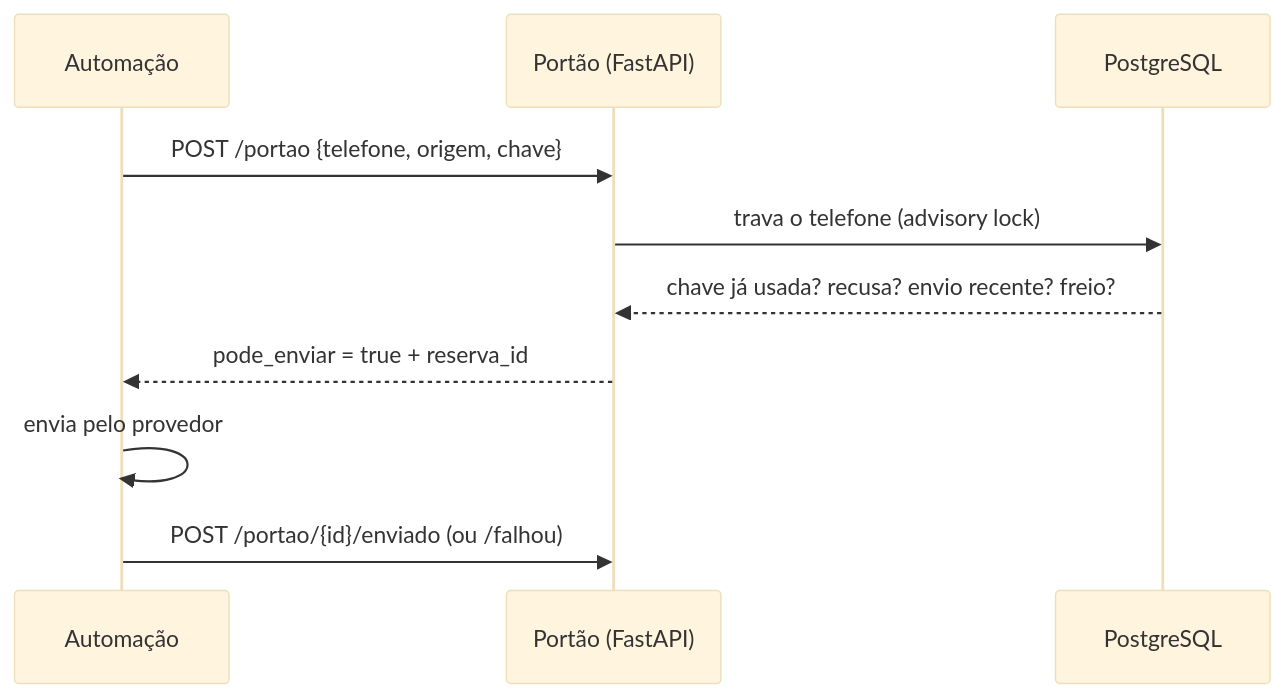
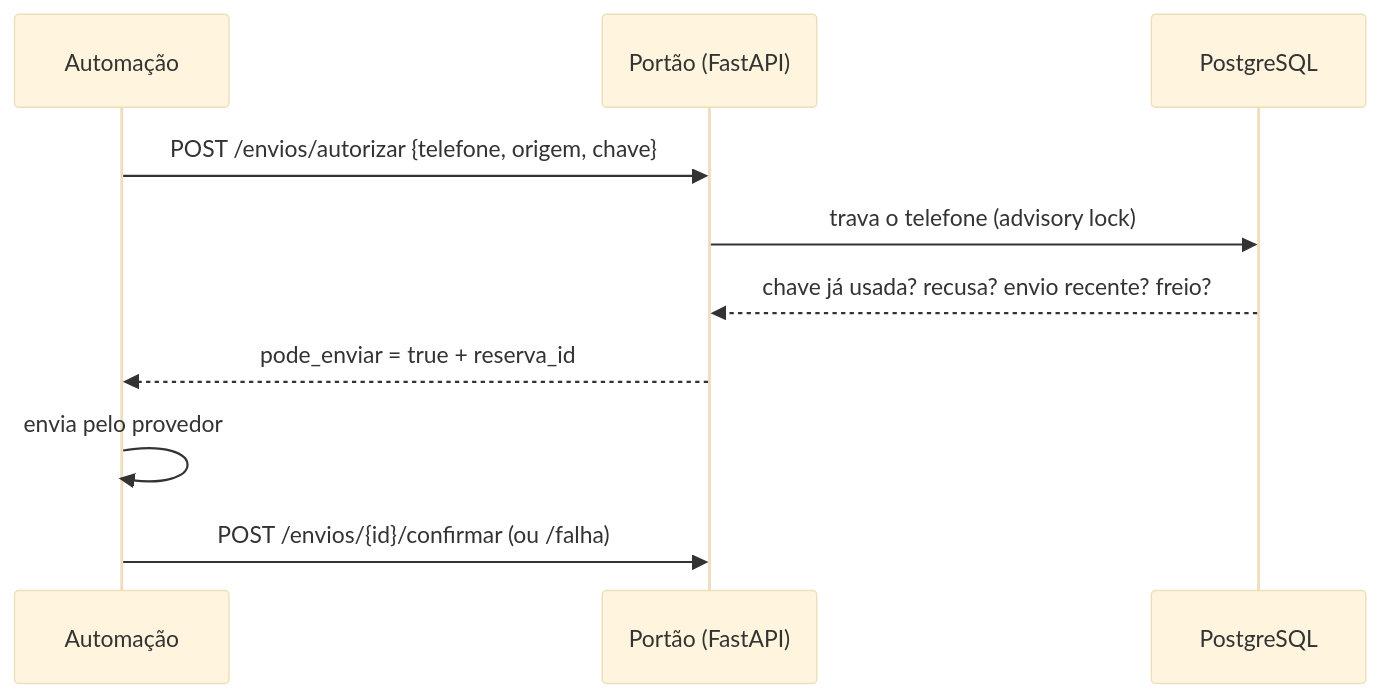
One commit to geanprofcd/portao-de-envio changed the diagram in README.md. Above: the diagram before and after it, drawn with Mermaid (base theme). The commit also changed other lines of this file and 4 other files, not shown here.

````diff
--- a/README.md
+++ b/README.md
@@ -13,12 +13,12 @@
 ```mermaid
 sequenceDiagram
     participant A as Automação
     participant P as Portão (FastAPI)
     participant B as PostgreSQL
-    A->>P: POST /portao {telefone, origem, chave}
+    A->>P: POST /envios/autorizar {telefone, origem, chave}
     P->>B: trava o telefone (advisory lock)
     B-->>P: chave já usada? recusa? envio recente? freio?
     P-->>A: pode_enviar = true + reserva_id
     A->>A: envia pelo provedor
-    A->>P: POST /portao/{id}/enviado (ou /falhou)
+    A->>P: POST /envios/{id}/confirmar (ou /falha)
 ```
````
